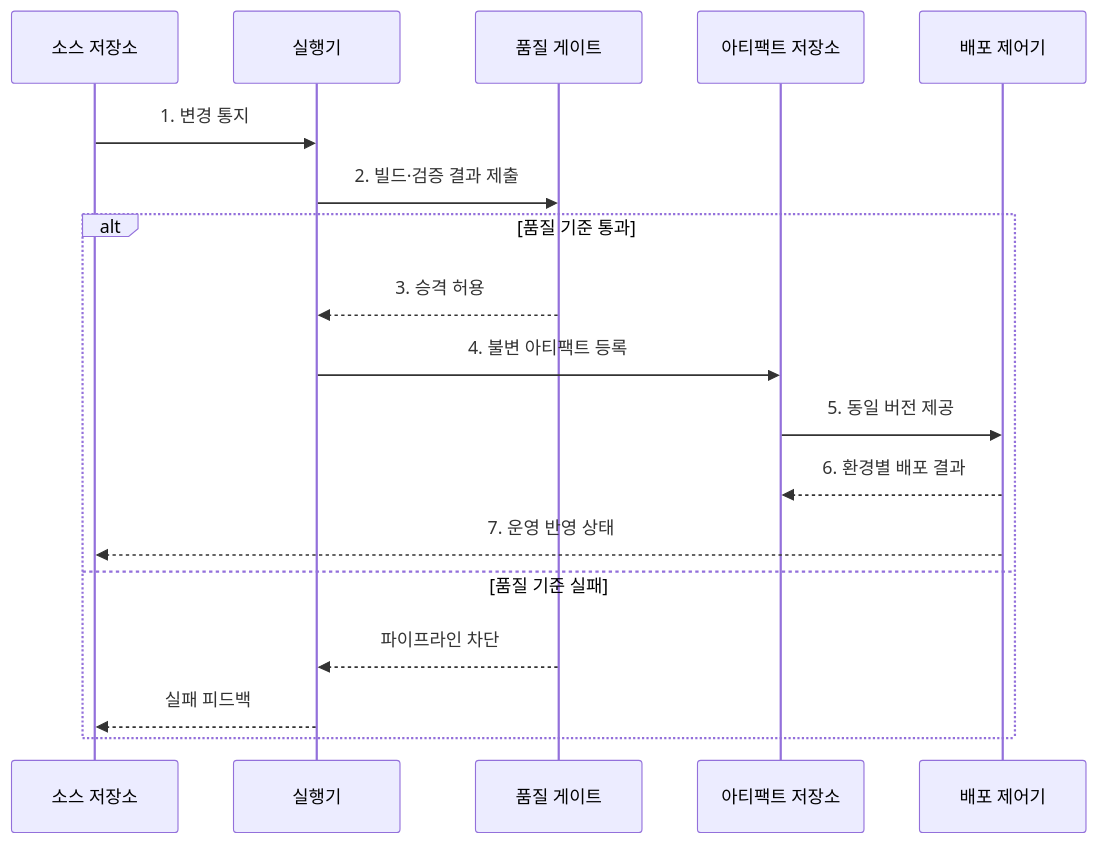
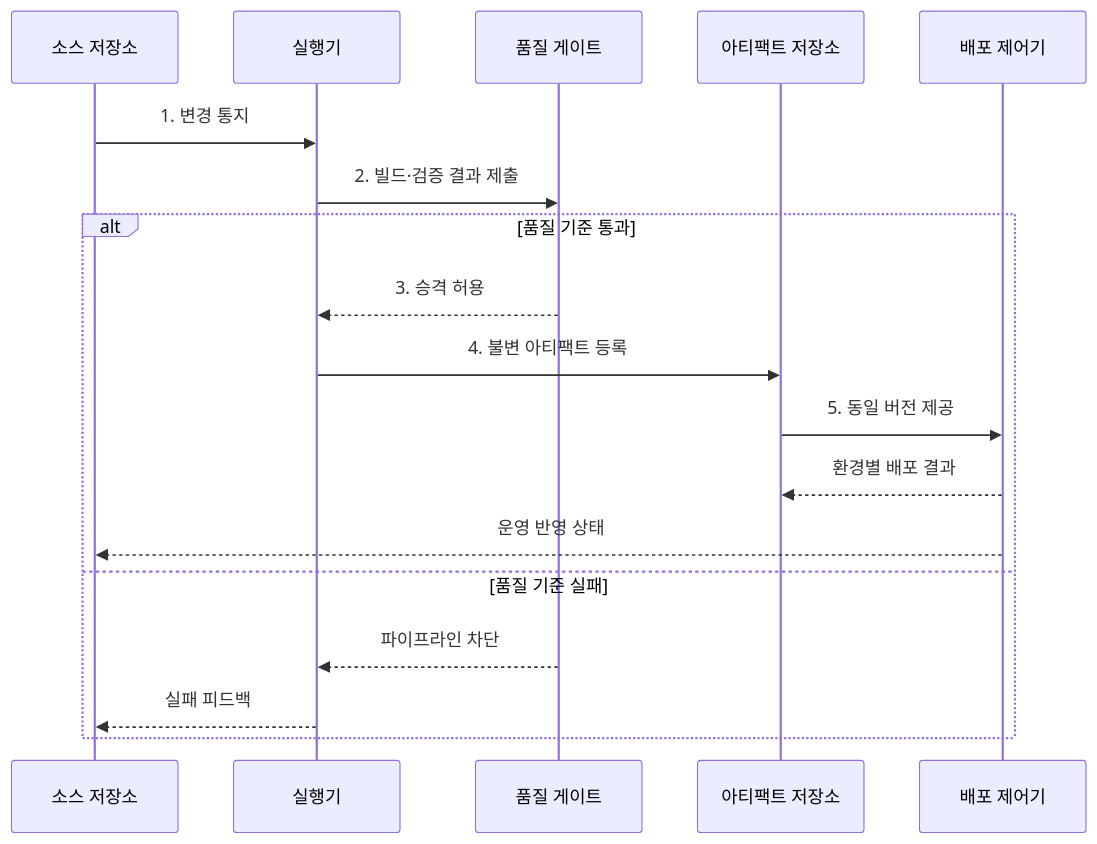
Before and after one commit to agnusdei1207/knowledge-base: the second of 2 diagrams in src/content/docs/notes/03-software/053_ci_cd_pipeline.md, drawn with Mermaid. The commit also changed other lines of this file and 238 other files, not shown here.

````diff
--- a/src/content/docs/notes/03-software/053_ci_cd_pipeline.md
+++ b/src/content/docs/notes/03-software/053_ci_cd_pipeline.md
@@ -81,20 +83,20 @@
 ```mermaid
 sequenceDiagram
     participant S as 소스 저장소
     participant R as 실행기
     participant Q as 품질 게이트
     participant A as 아티팩트 저장소
     participant D as 배포 제어기
     S->>R: 1. 변경 통지
     R->>Q: 2. 빌드·검증 결과 제출
     alt 품질 기준 통과
         Q-->>R: 3. 승격 허용
         R->>A: 4. 불변 아티팩트 등록
         A->>D: 5. 동일 버전 제공
-        D-->>A: 6. 환경별 배포 결과
-        D-->>S: 7. 운영 반영 상태
+        D-->>A: 환경별 배포 결과
+        D-->>S: 운영 반영 상태
     else 품질 기준 실패
         Q-->>R: 파이프라인 차단
         R-->>S: 실패 피드백
     end
 ```
````
